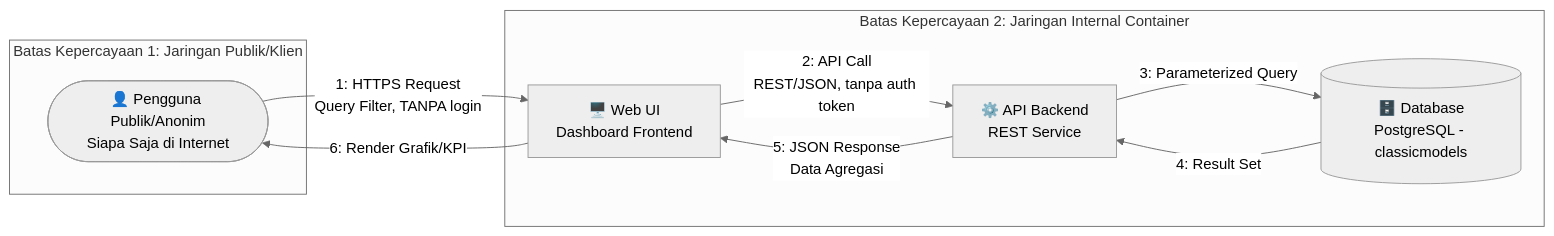
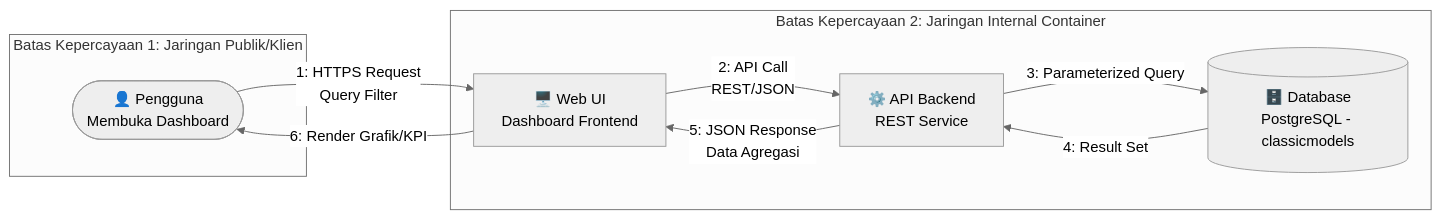
Before and after one commit to nabilroyyan/Kelompok3_DevOps: the diagram in docs/SEC-ENG/Threat_Modelling_V1.md, drawn with Mermaid (neutral theme). The commit also changed other lines of this file, not shown here.

````diff
--- a/docs/SEC-ENG/Threat_Modelling_V1.md
+++ b/docs/SEC-ENG/Threat_Modelling_V1.md
@@ -44,18 +43,18 @@
 ```mermaid
 flowchart LR
-    U([👤 Pengguna Publik/Anonim<br/>Siapa Saja di Internet]) -->|1: HTTPS Request<br/>Query Filter, TANPA login| WEB[🖥️ Web UI<br/>Dashboard Frontend]
-    WEB -->|2: API Call<br/>REST/JSON, tanpa auth token| API[⚙️ API Backend<br/>REST Service]
+    U([👤 Pengguna<br/>Membuka Dashboard]) -->|1: HTTPS Request<br/>Query Filter| WEB[🖥️ Web UI<br/>Dashboard Frontend]
+    WEB -->|2: API Call<br/>REST/JSON| API[⚙️ API Backend<br/>REST Service]
     API -->|3: Parameterized Query| DB[(🗄️ Database<br/>PostgreSQL - classicmodels)]
     DB -->|4: Result Set| API
     API -->|5: JSON Response<br/>Data Agregasi| WEB
     WEB -->|6: Render Grafik/KPI| U
 
     subgraph TrustBoundary1["Batas Kepercayaan 1: Jaringan Publik/Klien"]
         U
     end
     subgraph TrustBoundary2["Batas Kepercayaan 2: Jaringan Internal Container"]
         WEB
         API
         DB
     end
 ```
````
